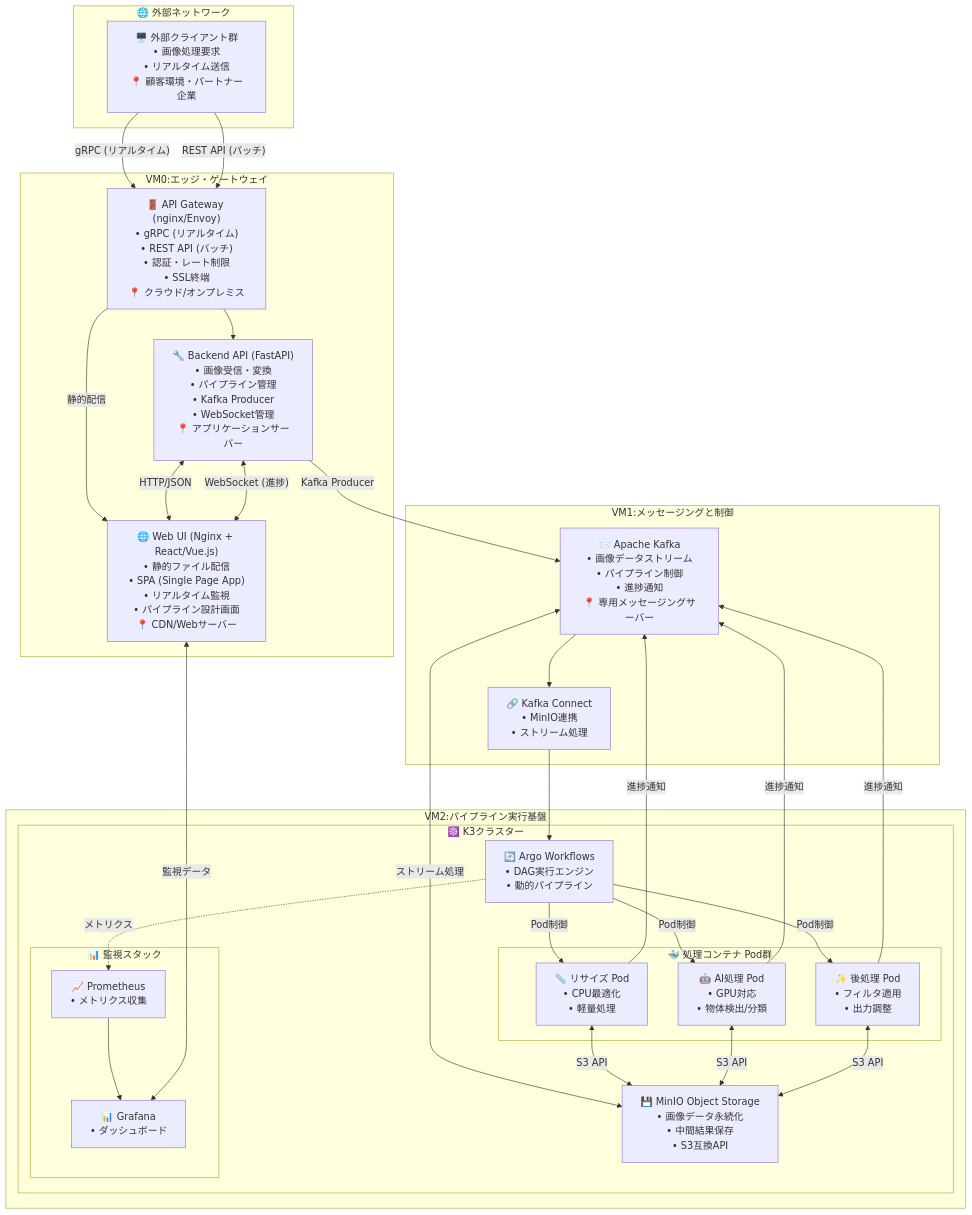
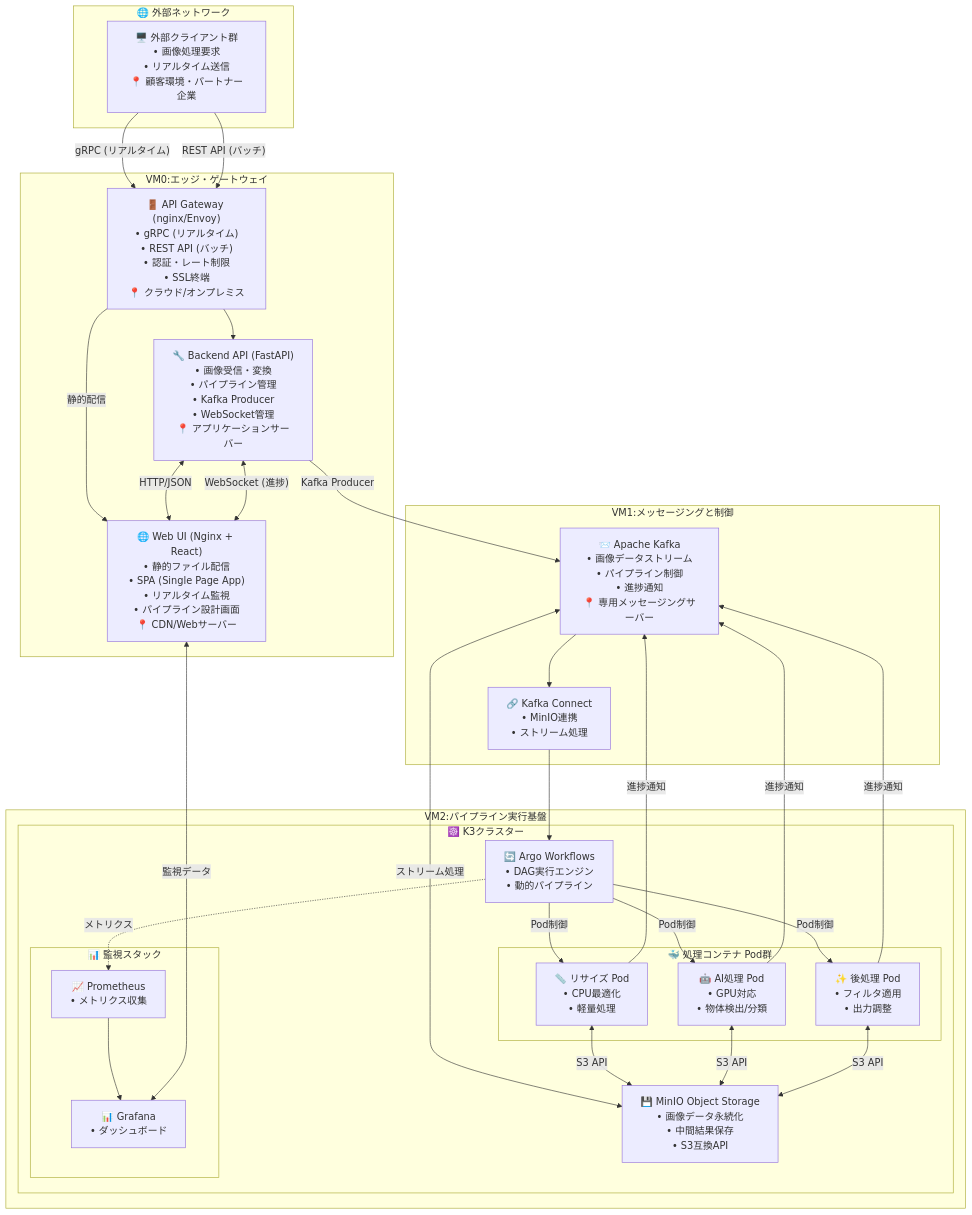
The first of 3 diagrams in docs/0300_設計_アプローチ1/0302_アーキテクチャ設計.md (daichiTAAA/ImageFlowCanvas), drawn with Mermaid before and after one commit. The commit also changed other lines of this file and 2 other files, not shown here.

````diff
--- a/docs/0300_設計_アプローチ1/0302_アーキテクチャ設計.md
+++ b/docs/0300_設計_アプローチ1/0302_アーキテクチャ設計.md
@@ -21,72 +21,72 @@
 ```mermaid
 graph TD
     %% 外部ネットワーク層
     subgraph External["🌐 外部ネットワーク"]
         ExternalClients["🖥️ 外部クライアント群<br/>• 画像処理要求<br/>• リアルタイム送信<br/>📍 顧客環境・パートナー企業"]
     end
     
     %% クラウド/エッジ層 (VM0)
     subgraph VM0["VM0:エッジ・ゲートウェイ"]
         APIGateway["🚪 API Gateway (nginx/Envoy)<br/>• gRPC (リアルタイム)<br/>• REST API (バッチ)<br/>• 認証・レート制限<br/>• SSL終端<br/>📍 クラウド/オンプレミス"]
         
         BackendAPI["🔧 Backend API (FastAPI)<br/>• 画像受信・変換<br/>• パイプライン管理<br/>• Kafka Producer<br/>• WebSocket管理<br/>📍 アプリケーションサーバー"]
         
-        WebUI["🌐 Web UI (Nginx + React/Vue.js)<br/>• 静的ファイル配信<br/>• SPA (Single Page App)<br/>• リアルタイム監視<br/>• パイプライン設計画面<br/>📍 CDN/Webサーバー"]
+        WebUI["🌐 Web UI (Nginx + React)<br/>• 静的ファイル配信<br/>• SPA (Single Page App)<br/>• リアルタイム監視<br/>• パイプライン設計画面<br/>📍 CDN/Webサーバー"]
     end
     
     %% メッセージング層 (VM1)
     subgraph VM1["VM1:メッセージングと制御"]
         Kafka["📨 Apache Kafka<br/>• 画像データストリーム<br/>• パイプライン制御<br/>• 進捗通知<br/>📍 専用メッセージングサーバー"]
         KafkaConnect["🔗 Kafka Connect<br/>• MinIO連携<br/>• ストリーム処理"]
     end
     
     %% ワークフロー実行層 (VM2)
     subgraph VM2["VM2:パイプライン実行基盤"]
         subgraph K3s["☸️ K3クラスター"]
             ArgoWF["🔄 Argo Workflows<br/>• DAG実行エンジン<br/>• 動的パイプライン"]
             
             MinIO["💾 MinIO Object Storage<br/>• 画像データ永続化<br/>• 中間結果保存<br/>• S3互換API"]
             
             subgraph ProcessingPods["🐳 処理コンテナ Pod群"]
                 PodResize["📏 リサイズ Pod<br/>• CPU最適化<br/>• 軽量処理"]
                 PodAI["🤖 AI処理 Pod<br/>• GPU対応<br/>• 物体検出/分類"]
                 PodPost["✨ 後処理 Pod<br/>• フィルタ適用<br/>• 出力調整"]
             end
             
             subgraph MonitoringStack["📊 監視スタック"]
                 Prometheus["📈 Prometheus<br/>• メトリクス収集"]
                 Grafana["📊 Grafana<br/>• ダッシュボード"]
             end
         end
     end
     
     %% 接続関係（プロトコル最適化）
     ExternalClients -->|"gRPC (リアルタイム)"| APIGateway
     ExternalClients -->|"REST API (バッチ)"| APIGateway
     APIGateway --> BackendAPI
     APIGateway -->|"静的配信"| WebUI
     
     BackendAPI -->|"Kafka Producer"| Kafka
     BackendAPI <-->|"HTTP/JSON"| WebUI
     BackendAPI <-->|"WebSocket (進捗)"| WebUI
     
     Kafka --> KafkaConnect
     KafkaConnect --> ArgoWF
     Kafka <-->|"ストリーム処理"| MinIO
     
     ArgoWF -->|"Pod制御"| PodResize
     ArgoWF -->|"Pod制御"| PodAI  
     ArgoWF -->|"Pod制御"| PodPost
     
     PodResize <-->|"S3 API"| MinIO
     PodAI <-->|"S3 API"| MinIO
     PodPost <-->|"S3 API"| MinIO
     
     PodResize -->|"進捗通知"| Kafka
     PodAI -->|"進捗通知"| Kafka
     PodPost -->|"進捗通知"| Kafka
     
     ArgoWF -.->|"メトリクス"| Prometheus
     Prometheus --> Grafana
     WebUI <-->|"監視データ"| Grafana
 ```
````
